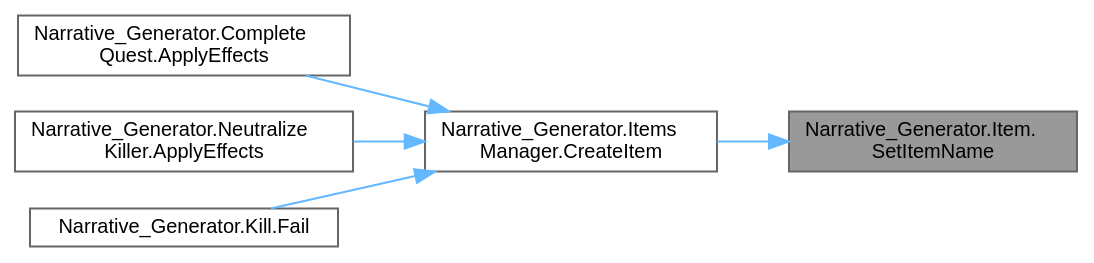
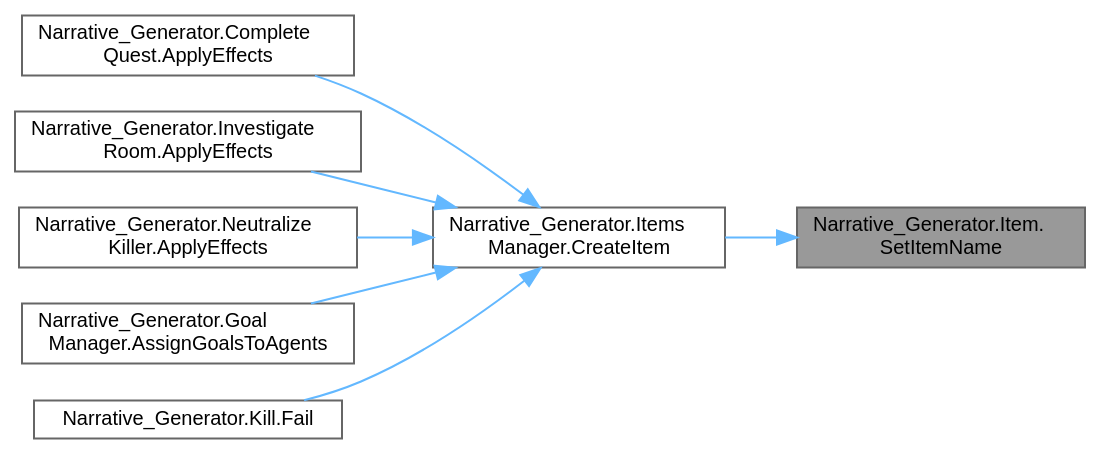
Before and after one commit to vonHimik/NarrativeGeneratorForTwine: the diagram in Autodocumentation HTML/class_narrative___generator_1_1_item_afc9c465f0210c8a90f8348ece69cf9d0_icgraph.dot, drawn with Graphviz. The commit also changed 215 other files, not shown here.

```diff
--- a/Autodocumentation HTML/class_narrative___generator_1_1_item_afc9c465f0210c8a90f8348ece69cf9d0_icgraph.dot
+++ b/Autodocumentation HTML/class_narrative___generator_1_1_item_afc9c465f0210c8a90f8348ece69cf9d0_icgraph.dot
@@ -1,17 +1,21 @@
 digraph "Narrative_Generator.Item.SetItemName"
 {
  // LATEX_PDF_SIZE
   bgcolor="transparent";
   edge [fontname=Helvetica,fontsize=10,labelfontname=Helvetica,labelfontsize=10];
   node [fontname=Helvetica,fontsize=10,shape=box,height=0.2,width=0.4];
   rankdir="RL";
   Node1 [label="Narrative_Generator.Item.\lSetItemName",height=0.2,width=0.4,color="gray40", fillcolor="grey60", style="filled", fontcolor="black",tooltip="Sets the name of the item."];
   Node1 -> Node2 [dir="back",color="steelblue1",style="solid"];
-  Node2 [label="Narrative_Generator.Items\lManager.CreateItem",height=0.2,width=0.4,color="grey40", fillcolor="white", style="filled",URL="$class_narrative___generator_1_1_items_manager.html#a38472beab694e7ba564e5ce448d87c21",tooltip="A method for creation a new item."];
+  Node2 [label="Narrative_Generator.Items\lManager.CreateItem",height=0.2,width=0.4,color="grey40", fillcolor="white", style="filled",URL="$class_narrative___generator_1_1_items_manager.html#a7c70c85947860fd9ef0bdc33e733ea7c",tooltip="A method for creation a new item."];
   Node2 -> Node3 [dir="back",color="steelblue1",style="solid"];
   Node3 [label="Narrative_Generator.Complete\lQuest.ApplyEffects",height=0.2,width=0.4,color="grey40", fillcolor="white", style="filled",URL="$class_narrative___generator_1_1_complete_quest.html#aa908d9da80a0fd1e81a78a0e16710fbb",tooltip="A method that changes the passed world state according to the effects of the action."];
   Node2 -> Node4 [dir="back",color="steelblue1",style="solid"];
-  Node4 [label="Narrative_Generator.Neutralize\lKiller.ApplyEffects",height=0.2,width=0.4,color="grey40", fillcolor="white", style="filled",URL="$class_narrative___generator_1_1_neutralize_killer.html#afba0997150151a565f7c15a2dc3aa6b8",tooltip="A method that changes the passed world state according to the effects of the action."];
+  Node4 [label="Narrative_Generator.Investigate\lRoom.ApplyEffects",height=0.2,width=0.4,color="grey40", fillcolor="white", style="filled",URL="$class_narrative___generator_1_1_investigate_room.html#a779af619c50f6c505c712e7ef2ef7b26",tooltip="A method that changes the passed world state according to the effects of the action."];
   Node2 -> Node5 [dir="back",color="steelblue1",style="solid"];
-  Node5 [label="Narrative_Generator.Kill.Fail",height=0.2,width=0.4,color="grey40", fillcolor="white", style="filled",URL="$class_narrative___generator_1_1_kill.html#aa2f49750f379e76d20ff01031dba34ca",tooltip="A method that implements the action's failure effect."];
+  Node5 [label="Narrative_Generator.Neutralize\lKiller.ApplyEffects",height=0.2,width=0.4,color="grey40", fillcolor="white", style="filled",URL="$class_narrative___generator_1_1_neutralize_killer.html#afba0997150151a565f7c15a2dc3aa6b8",tooltip="A method that changes the passed world state according to the effects of the action."];
+  Node2 -> Node6 [dir="back",color="steelblue1",style="solid"];
+  Node6 [label="Narrative_Generator.Goal\lManager.AssignGoalsToAgents",height=0.2,width=0.4,color="grey40", fillcolor="white", style="filled",URL="$class_narrative___generator_1_1_goal_manager.html#a1972c672143df8f969e4a81898e47fca",tooltip="A method that assigns goals to agents based on their role."];
+  Node2 -> Node7 [dir="back",color="steelblue1",style="solid"];
+  Node7 [label="Narrative_Generator.Kill.Fail",height=0.2,width=0.4,color="grey40", fillcolor="white", style="filled",URL="$class_narrative___generator_1_1_kill.html#aa2f49750f379e76d20ff01031dba34ca",tooltip="A method that implements the action's failure effect."];
 }
```
